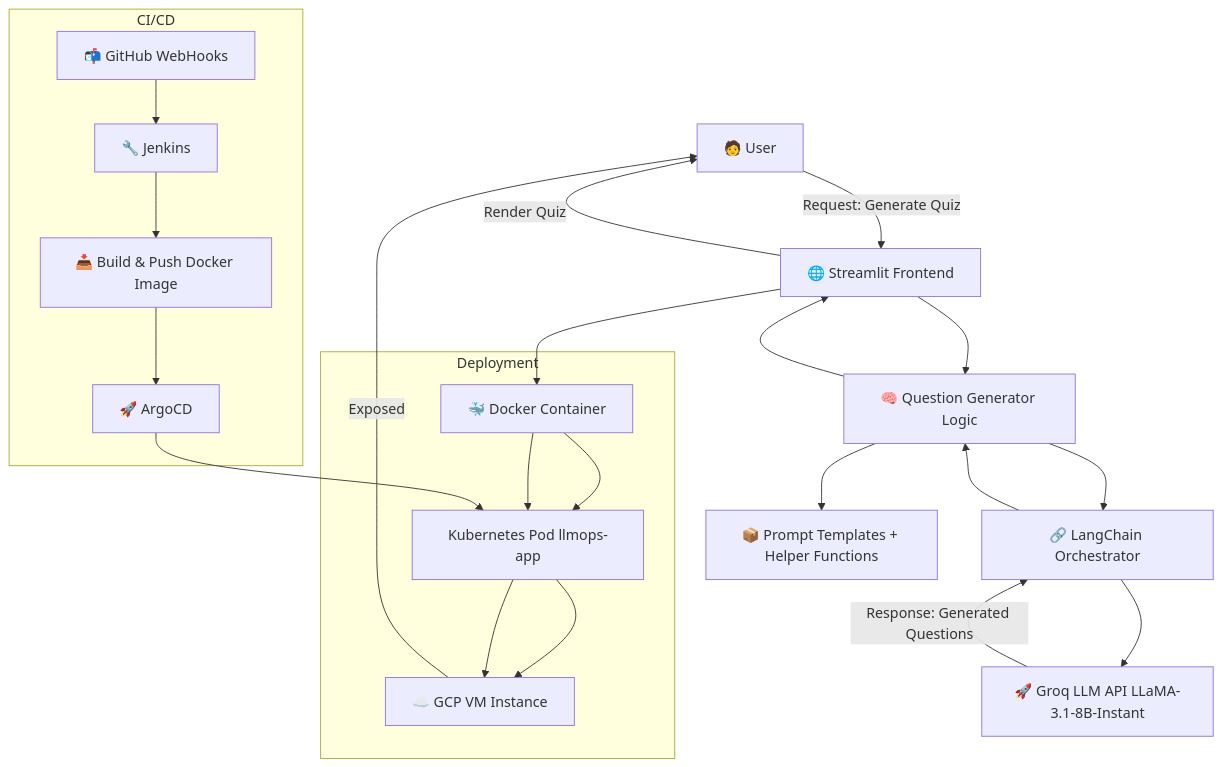
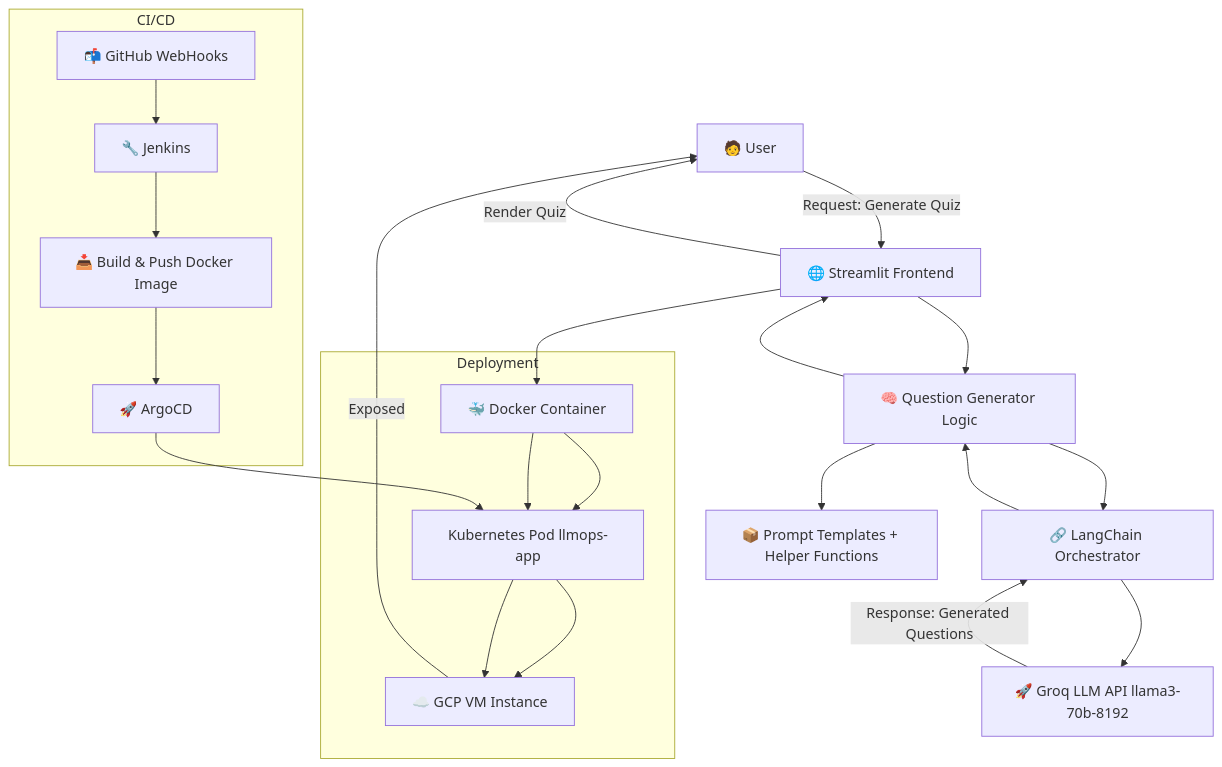
One commit to aimldinesh/ASKGENIE changed the second of 2 diagrams in README.md. Above: the diagram before and after it, drawn with Mermaid.

````diff
--- a/README.md
+++ b/README.md
@@ -108,31 +108,31 @@
 ```mermaid
 graph TD
     A[🧑 User] -->|Request: Generate Quiz| B[🌐 Streamlit Frontend]
     B --> C[🧠 Question Generator Logic]
     C --> D[📦 Prompt Templates + Helper Functions]
     C --> L[🔗 LangChain Orchestrator]
-    L --> E[🚀 Groq LLM API LLaMA-3.1-8B-Instant]
+    L --> E[🚀 Groq LLM API llama3-70b-8192]
 
     E -->|Response: Generated Questions| L
     L --> C
     C --> B
     B -->|Render Quiz| A
 
     subgraph Deployment
       F[🐳 Docker Container] --> G[Kubernetes Pod llmops-app]
       G --> H[☁️ GCP VM Instance]
     end
 
     B --> F
     F --> G
     G --> H
 
     subgraph CI/CD
       M[📬 GitHub WebHooks] --> I[🔧 Jenkins]
       I --> J[📥 Build & Push Docker Image]
       J --> K[🚀 ArgoCD]
       K --> G
     end
 
     H -->|Exposed| A
 ```
````
